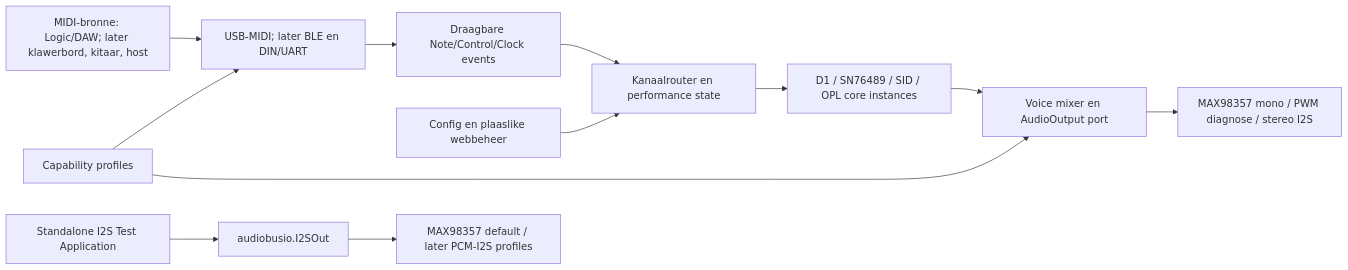
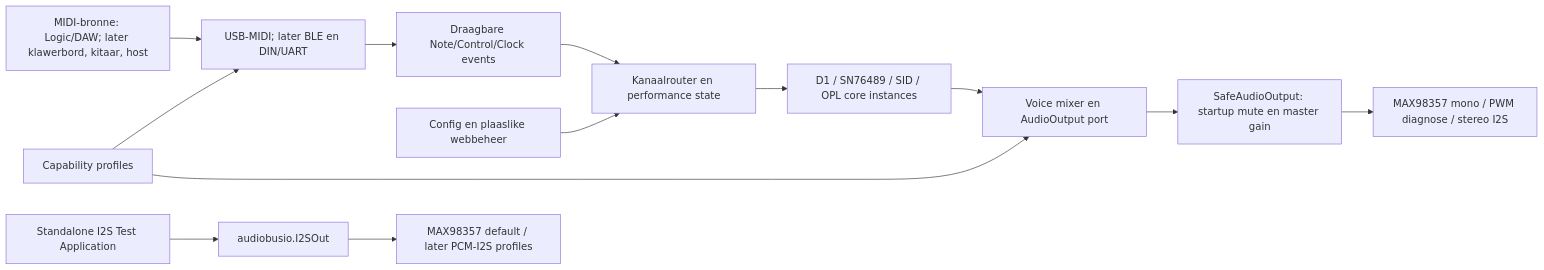
One commit to pappavis/circuitpython-midi-chip-platform changed the diagram in docs/framework_engineering/architecture_v0.1.0.md. Above: the diagram before and after it, drawn with Mermaid. The commit also changed other lines of this file and 26 other files, not shown here.

Commit message:
feat(us075): add safe audio output gate

````diff
--- a/docs/framework_engineering/architecture_v0.1.0.md
+++ b/docs/framework_engineering/architecture_v0.1.0.md
@@ -25,14 +25,15 @@
 ```mermaid
 flowchart LR
   A["MIDI-bronne: Logic/DAW; later klawerbord, kitaar, host"] --> B["USB-MIDI; later BLE en DIN/UART"]
   B --> C["Draagbare Note/Control/Clock events"]
   C --> D["Kanaalrouter en performance state"]
   D --> E["D1 / SN76489 / SID / OPL core instances"]
   E --> F["Voice mixer en AudioOutput port"]
-  F --> G["MAX98357 mono / PWM diagnose / stereo I2S"]
+  F --> M["SafeAudioOutput: startup mute en master gain"]
+  M --> G["MAX98357 mono / PWM diagnose / stereo I2S"]
   H["Config en plaaslike webbeheer"] --> D
   I["Capability profiles"] --> B
   I --> F
   J["Standalone I2S Test Application"] --> K["audiobusio.I2SOut"]
   K --> L["MAX98357 default / later PCM-I2S profiles"]
 ```
````
